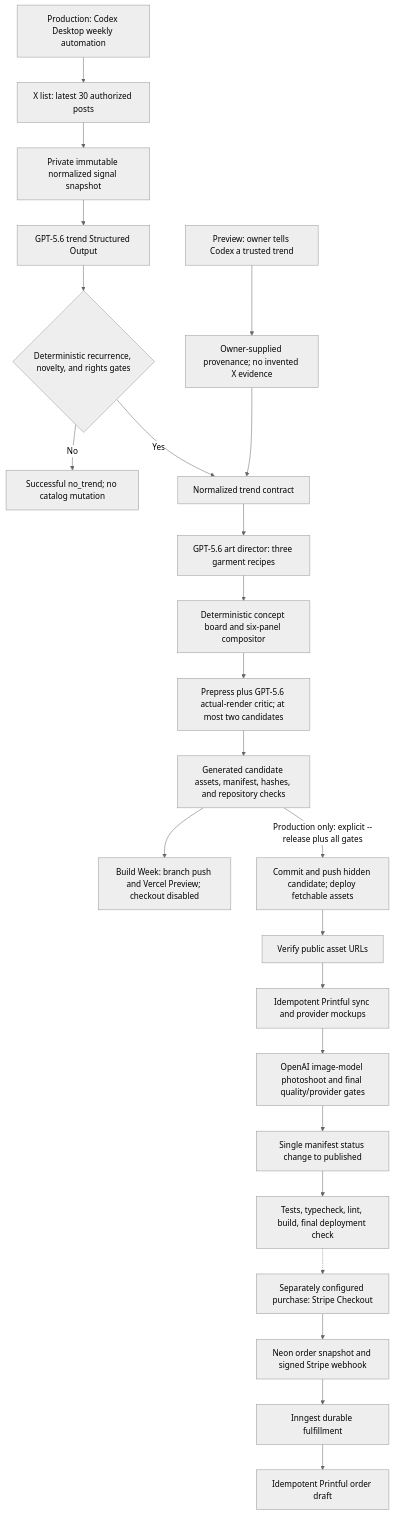
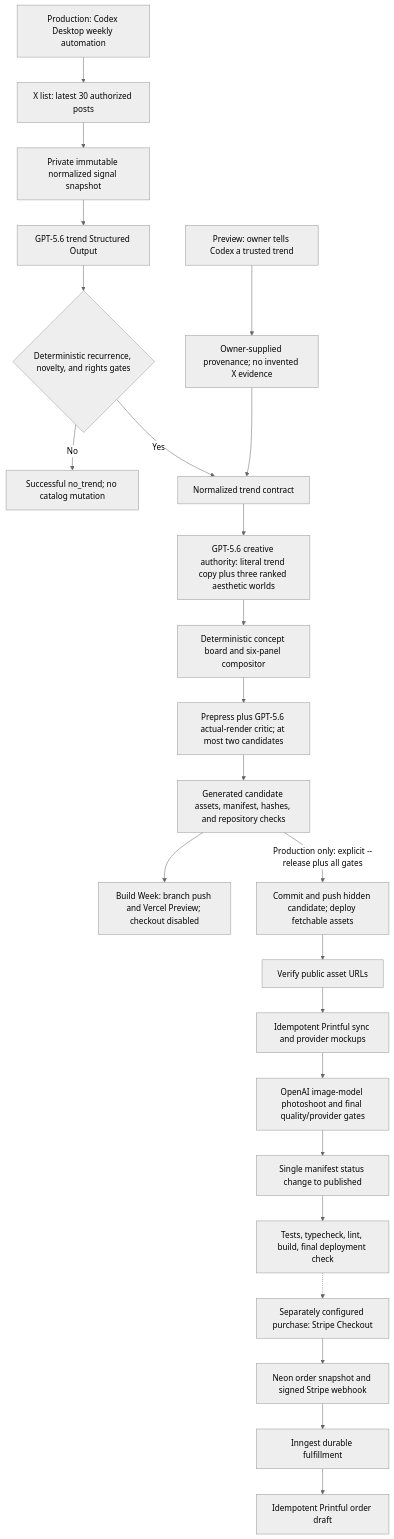
Before and after one commit to self-tech-labs/codex-merch: the diagram in docs/build-week/architecture.md, drawn with Mermaid (neutral theme). The commit also changed other lines of this file and 20 other files, not shown here.

Commit message:
Refactor merch creative authority

````diff
--- a/docs/build-week/architecture.md
+++ b/docs/build-week/architecture.md
@@ -5,26 +5,26 @@
 ```mermaid
 flowchart TD
     A["Production: Codex Desktop weekly automation"] --> B["X list: latest 30 authorized posts"]
     B --> C["Private immutable normalized signal snapshot"]
     C --> D["GPT-5.6 trend Structured Output"]
     D --> E{"Deterministic recurrence, novelty, and rights gates"}
     E -->|"No"| F["Successful no_trend; no catalog mutation"]
     E -->|"Yes"| I["Normalized trend contract"]
     G["Preview: owner tells Codex a trusted trend"] --> H["Owner-supplied provenance; no invented X evidence"]
     H --> I
-    I --> J["GPT-5.6 art director: three garment recipes"]
+    I --> J["GPT-5.6 creative authority: literal trend copy plus three ranked aesthetic worlds"]
     J --> K["Deterministic concept board and six-panel compositor"]
     K --> L["Prepress plus GPT-5.6 actual-render critic; at most two candidates"]
     L --> M["Generated candidate assets, manifest, hashes, and repository checks"]
     M --> N["Build Week: branch push and Vercel Preview; checkout disabled"]
     M -->|"Production only: explicit --release plus all gates"| O["Commit and push hidden candidate; deploy fetchable assets"]
     O --> P["Verify public asset URLs"]
     P --> Q["Idempotent Printful sync and provider mockups"]
     Q --> R["OpenAI image-model photoshoot and final quality/provider gates"]
     R --> S["Single manifest status change to published"]
     S --> T["Tests, typecheck, lint, build, final deployment check"]
     T -.-> U["Separately configured purchase: Stripe Checkout"]
     U --> V["Neon order snapshot and signed Stripe webhook"]
     V --> W["Inngest durable fulfillment"]
     W --> X["Idempotent Printful order draft"]
 ```
````
